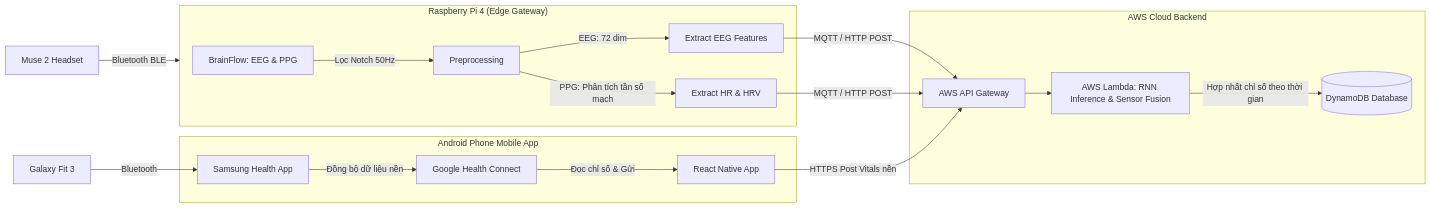
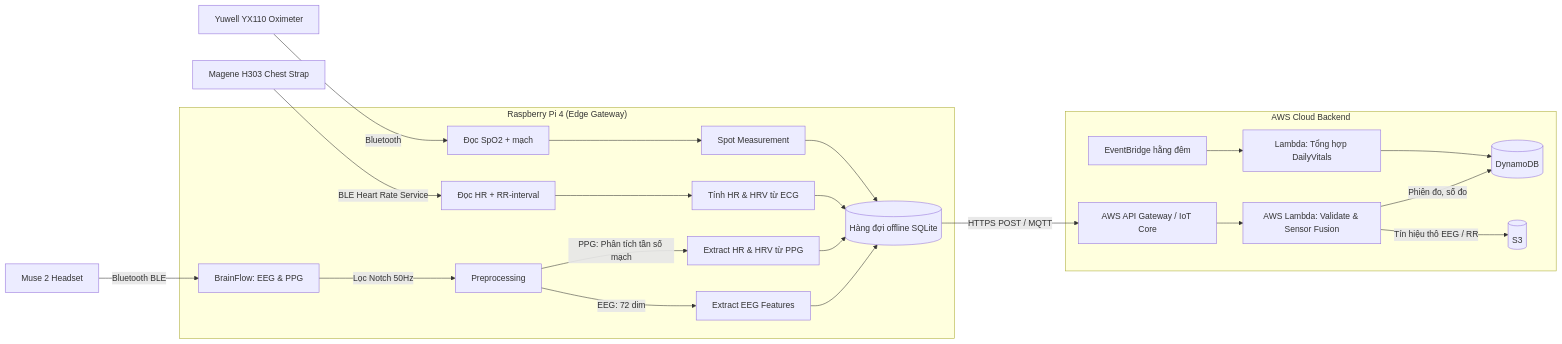
One commit to hdung274520/HCMUT-Project changed the first of 2 diagrams in 03_Outputs/01_Pipeline.md. Above: the diagram before and after it, drawn with Mermaid. The commit also changed other lines of this file and 11 other files, not shown here.

First line of the commit message:
feat(sensors): replace Galaxy Fit 3 with Magene H303 and Yuwell YX110

````diff
--- a/03_Outputs/01_Pipeline.md
+++ b/03_Outputs/01_Pipeline.md
@@ -19,27 +22,29 @@
 ```mermaid
 graph LR
     %% Thiết bị biên
-    Muse[Muse 2 Headset] -->|Bluetooth BLE| Pi4[Raspberry Pi 4 Edge]
+    Muse[Muse 2 Headset] -->|Bluetooth BLE| Acquire
+    H303[Magene H303 Chest Strap] -->|BLE Heart Rate Service| HRStrap
+    YX110[Yuwell YX110 Oximeter] -->|Bluetooth| Spot
     subgraph Pi4 ["Raspberry Pi 4 (Edge Gateway)"]
         Acquire[BrainFlow: EEG & PPG] -->|Lọc Notch 50Hz| Preprocess[Preprocessing]
         Preprocess -->|EEG: 72 dim| Feat_EEG[Extract EEG Features]
-        Preprocess -->|PPG: Phân tích tần số mạch| Feat_PPG[Extract HR & HRV]
+        Preprocess -->|PPG: Phân tích tần số mạch| Feat_PPG[Extract HR & HRV từ PPG]
+        HRStrap[Đọc HR + RR-interval] --> Feat_ECG[Tính HR & HRV từ ECG]
+        Spot[Đọc SpO2 + mạch] --> SpotMsg[Spot Measurement]
+        Feat_EEG --> Queue[(Hàng đợi offline SQLite)]
+        Feat_PPG --> Queue
+        Feat_ECG --> Queue
+        SpotMsg --> Queue
     end
-    
-    Feat_EEG -->|MQTT / HTTP POST| IoT[AWS API Gateway]
-    Feat_PPG -->|MQTT / HTTP POST| IoT
-    
-    %% Thiết bị đeo 24/7
-    Fit3[Galaxy Fit 3] -->|Bluetooth| SHealth[Samsung Health App]
-    subgraph AndroidApp ["Android Phone Mobile App"]
-        SHealth -->|Đồng bộ dữ liệu nền| HealthConnect[Google Health Connect]
-        HealthConnect -->|Đọc chỉ số & Gửi| AppPush[React Native App]
-    end
-    AppPush -->|HTTPS Post Vitals nền| IoT
-    
+
+    Queue -->|HTTPS POST / MQTT| IoT[AWS API Gateway / IoT Core]
+
     %% AWS Backend
     subgraph AWS ["AWS Cloud Backend"]
-        IoT --> Lambda[AWS Lambda: RNN Inference & Sensor Fusion]
-        Lambda -->|Hợp nhất chỉ số theo thời gian| DB[(DynamoDB Database)]
+        IoT --> Lambda[AWS Lambda: Validate & Sensor Fusion]
+        Lambda -->|Phiên đo, số đo| DB[(DynamoDB)]
+        Lambda -->|Tín hiệu thô EEG / RR| S3[(S3)]
+        Cron[EventBridge hằng đêm] --> Daily[Lambda: Tổng hợp DailyVitals]
+        Daily --> DB
     end
 ```
````
